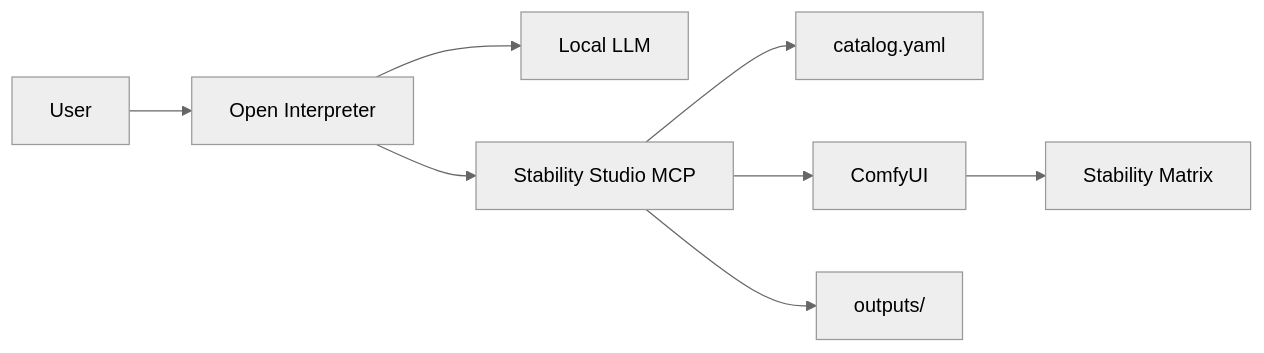
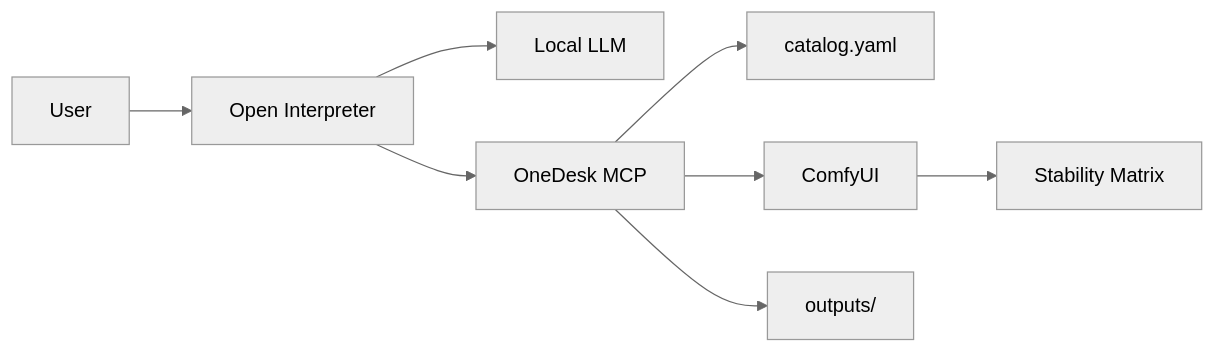
Before and after one commit to Jamescd1980/stability-studio: the diagram in OPEN-INTERPRETER-INTEGRATION.md, drawn with Mermaid (neutral theme). The commit also changed other lines of this file and 69 other files, not shown here.

First line of the commit message:
Rebrand Stability Studio MCP to OneDesk MCP and add ship host surface.

````diff
--- a/OPEN-INTERPRETER-INTEGRATION.md
+++ b/OPEN-INTERPRETER-INTEGRATION.md
@@ -66,10 +66,10 @@
 ```mermaid
 flowchart LR
     User[User] --> OI[Open Interpreter]
     OI --> LLM[Local LLM]
-    OI --> MCP[Stability Studio MCP]
+    OI --> MCP[OneDesk MCP]
     MCP --> Catalog[catalog.yaml]
     MCP --> Comfy[ComfyUI]
     Comfy --> SM[Stability Matrix]
     MCP --> Out[outputs/]
 ```
````
